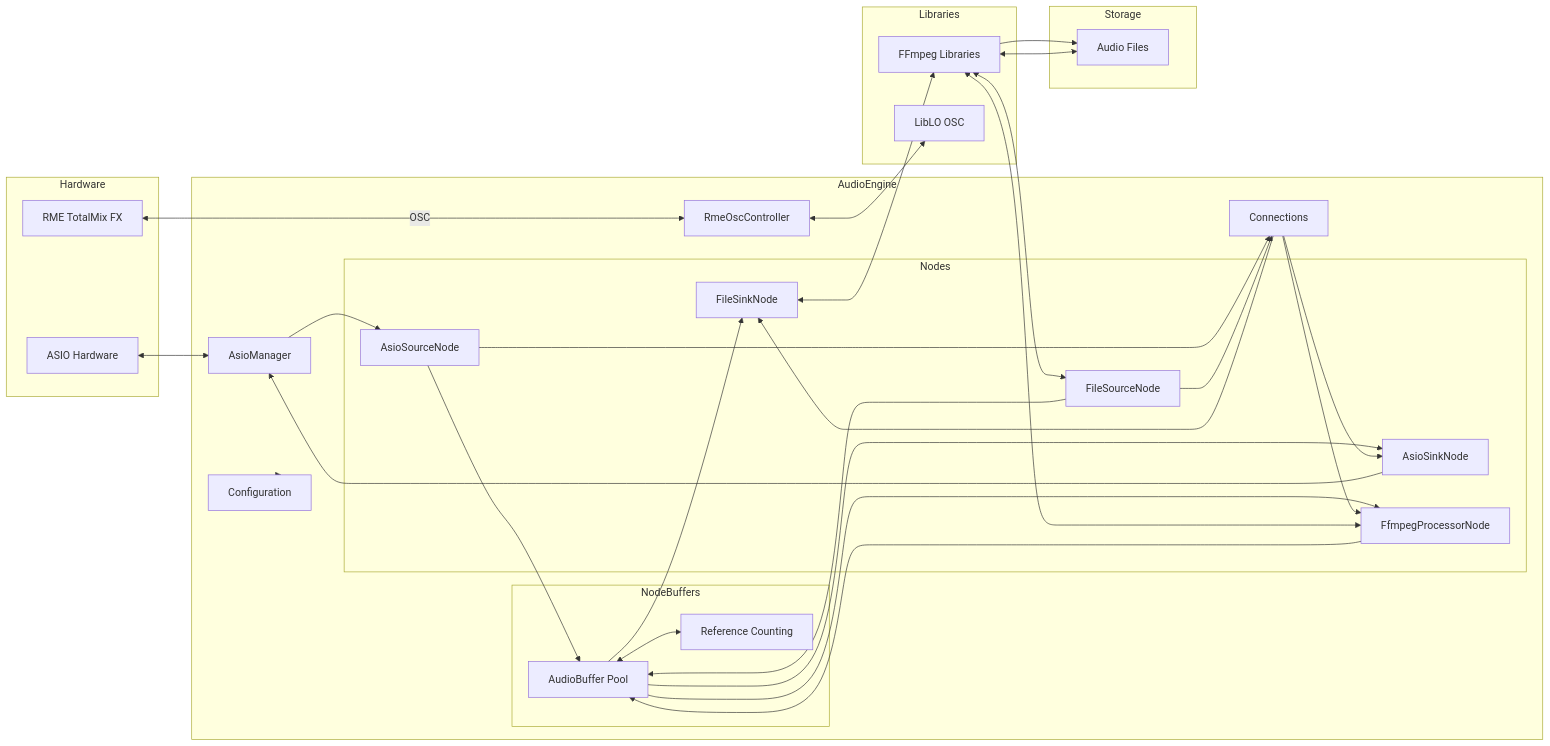
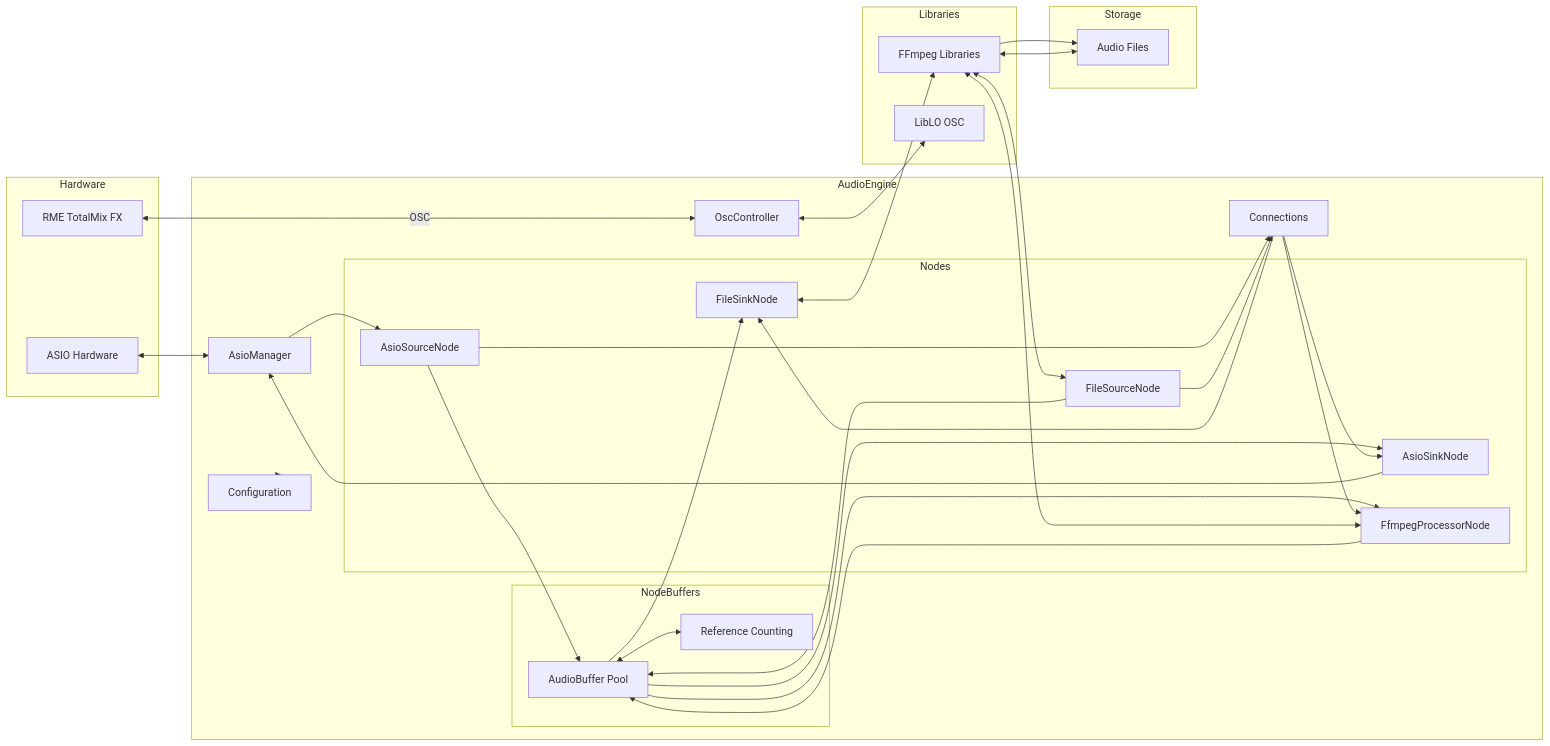
Before and after one commit to david-t-martel/oscmex: the second of 4 diagrams in src/AudioEngine/MERMAID.md, drawn with Mermaid. The commit also changed other lines of this file and 6 other files, not shown here.

Commit message:
Refactor OSC controller integration: rename RmeOscController to OscController and update related methods and configurations

````diff
--- a/src/AudioEngine/MERMAID.md
+++ b/src/AudioEngine/MERMAID.md
@@ -215,74 +215,74 @@
 ```mermaid
 flowchart LR
     subgraph Hardware
         ASIO_HW[ASIO Hardware]
         RME_HW[RME TotalMix FX]
     end
 
     subgraph AudioEngine
         ASIO_MGR[AsioManager]
-        RME_OSC[RmeOscController]
+        RME_OSC[OscController]
 
         subgraph NodeBuffers
             BUFFER_POOL[AudioBuffer Pool]
             REF_COUNT[Reference Counting]
         end
 
         subgraph Nodes
             ASIO_SRC[AsioSourceNode]
             ASIO_SINK[AsioSinkNode]
             FILE_SRC[FileSourceNode]
             FILE_SINK[FileSinkNode]
             PROC[FfmpegProcessorNode]
         end
 
         CONNECTIONS[Connections]
         CONFIG[Configuration]
     end
 
     subgraph Storage
         FILES[Audio Files]
     end
 
     subgraph Libraries
         LIBAV[FFmpeg Libraries]
         LIBLO[LibLO OSC]
     end
 
     %% Hardware connections
     ASIO_HW <--> ASIO_MGR
     RME_HW <-- OSC --> RME_OSC
     RME_OSC <--> LIBLO
 
     %% ASIO data flow
     ASIO_MGR --> ASIO_SRC
     ASIO_SRC --> BUFFER_POOL
     BUFFER_POOL --> ASIO_SINK
     ASIO_SINK --> ASIO_MGR
 
     %% File data flow
     FILES <--> LIBAV
     LIBAV <--> FILE_SRC
     FILE_SRC --> BUFFER_POOL
     BUFFER_POOL --> FILE_SINK
     FILE_SINK <--> LIBAV
     LIBAV --> FILES
 
     %% Processing data flow
     BUFFER_POOL --> PROC
     PROC <--> LIBAV
     PROC --> BUFFER_POOL
 
     %% Buffer reference counting
     BUFFER_POOL <--> REF_COUNT
 
     %% Node connections
     ASIO_SRC --> CONNECTIONS
     FILE_SRC --> CONNECTIONS
     CONNECTIONS --> PROC
     CONNECTIONS --> ASIO_SINK
     CONNECTIONS --> FILE_SINK
 
     %% Configuration
     CONFIG --> AudioEngine
 ```
````
